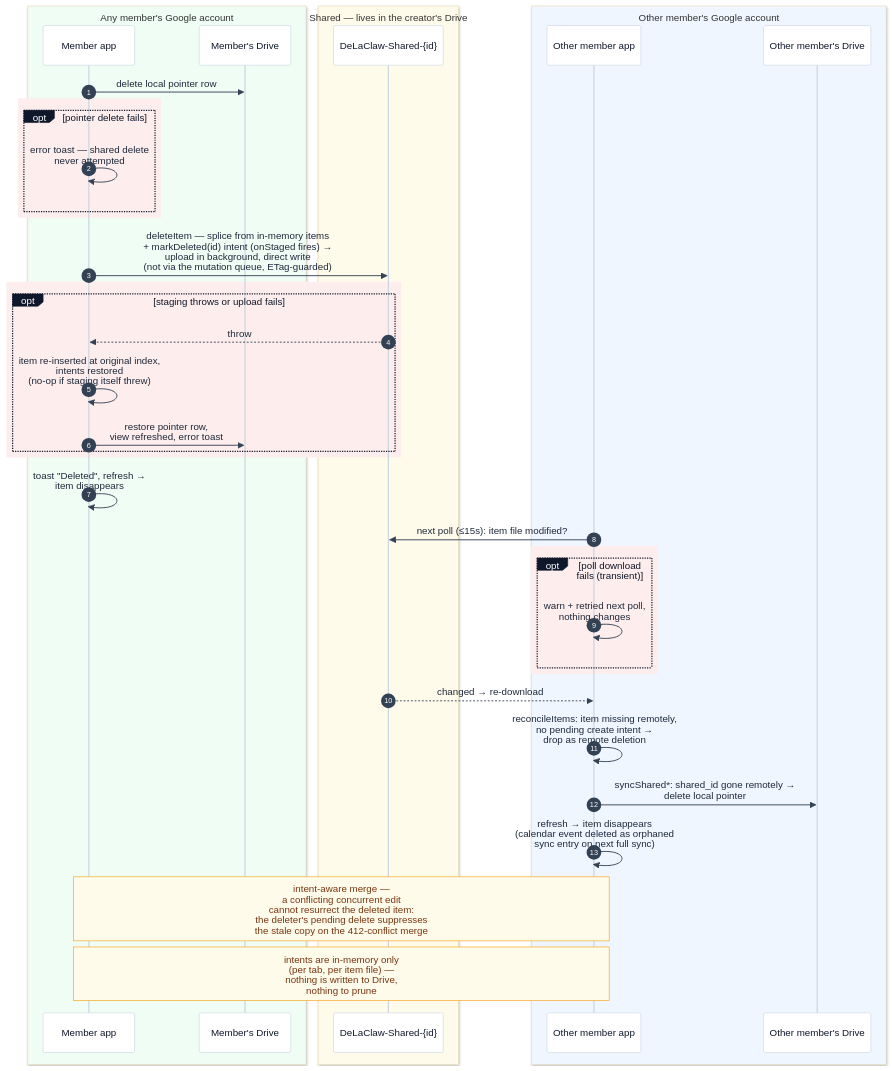
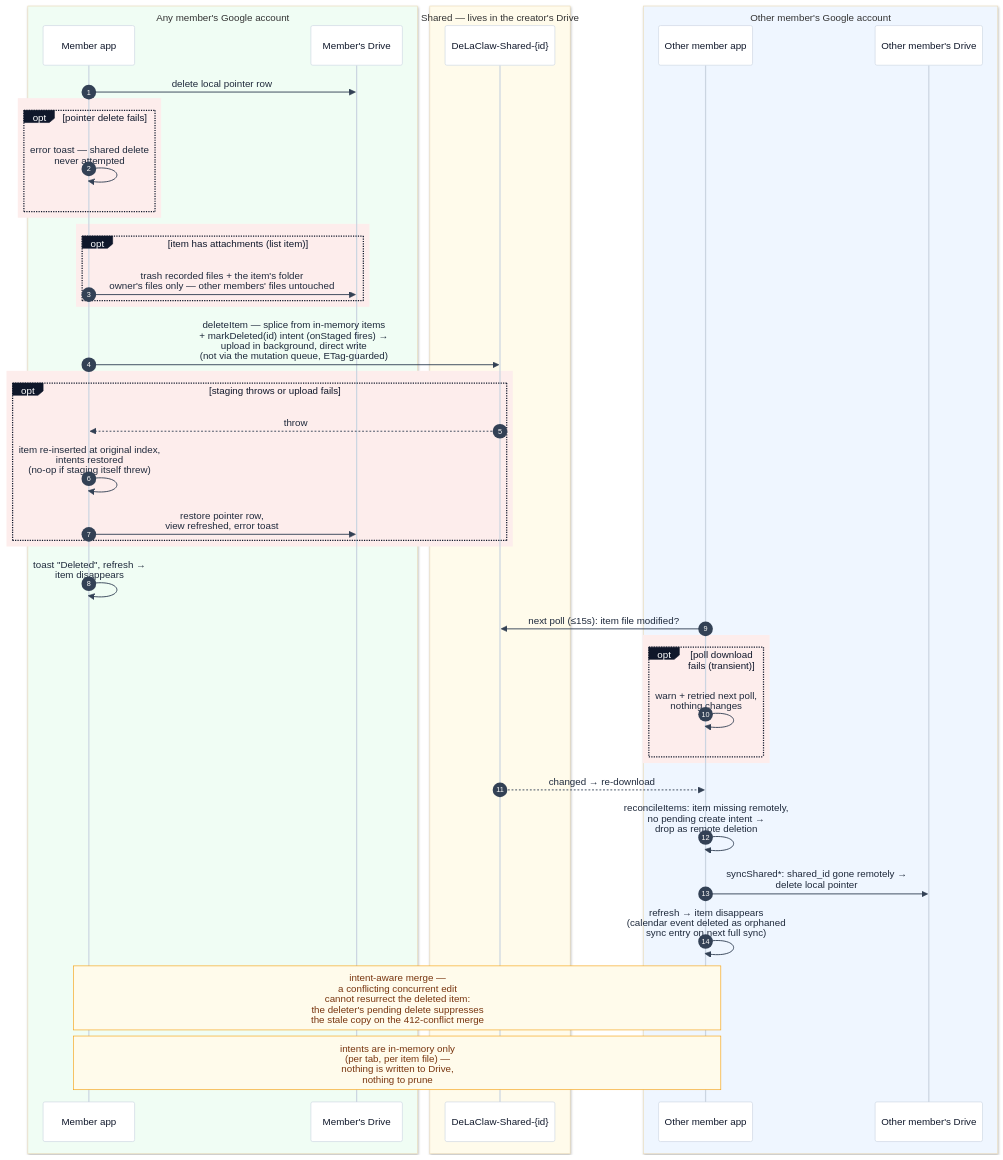
Before and after one commit to AntGro/DeLaClaw: the eighth of 14 diagrams in docs-site/sharing.md, drawn with Mermaid. The commit also changed other lines of this file and 7 other files, not shown here.

First line of the commit message:
docs(sharing): attachments in the diagrams and a feature section (v2.32.130)

````diff
--- a/docs-site/sharing.md
+++ b/docs-site/sharing.md
@@ -374,44 +400,49 @@
 ```mermaid
 %%{init: {'theme': 'base', 'themeVariables': {'background': '#fbfaf8', 'actorBkg': '#ffffff', 'actorBorder': '#cbd5e1', 'actorTextColor': '#0f172a', 'actorLineColor': '#cbd5e1', 'signalColor': '#334155', 'signalTextColor': '#1e293b', 'noteBkgColor': '#fffbeb', 'noteBorderColor': '#f59e0b', 'noteTextColor': '#78350f', 'labelBoxBkgColor': '#0f172a', 'labelBoxBorderColor': '#0f172a', 'labelTextColor': '#ffffff'}}}%%
 sequenceDiagram
     autonumber
     box rgb(240,253,244) Any member's Google account
     participant MA as Member app
     participant MD as Member's Drive
     end
     box rgb(255,251,235) Shared — lives in the creator's Drive
     participant SF as DeLaClaw-Shared-{id}
     end
     box rgb(239,246,255) Other member's Google account
     participant OA as Other member app
     participant OD as Other member's Drive
     end
 
     MA->>MD: delete local pointer row
     rect rgb(253, 237, 236)
     opt pointer delete fails
         MA->>MA: error toast — shared delete<br/>never attempted
+    end
+    end
+    rect rgb(253, 237, 236)
+    opt item has attachments (list item)
+        MA->>MD: trash recorded files + the item's folder<br/>owner's files only — other members' files untouched
     end
     end
     MA->>SF: deleteItem — splice from in-memory items<br/>+ markDeleted(id) intent (onStaged fires) →<br/>upload in background, direct write<br/>(not via the mutation queue, ETag-guarded)
     rect rgb(253, 237, 236)
     opt staging throws or upload fails
         SF-->>MA: throw
         MA->>MA: item re-inserted at original index,<br/>intents restored<br/>(no-op if staging itself threw)
         MA->>MD: restore pointer row,<br/>view refreshed, error toast
     end
     end
     MA->>MA: toast "Deleted", refresh →<br/>item disappears
     OA->>SF: next poll (≤15s): item file modified?
     rect rgb(253, 237, 236)
     opt poll download fails (transient)
         OA->>OA: warn + retried next poll,<br/>nothing changes
     end
     end
     SF-->>OA: changed → re-download
     OA->>OA: reconcileItems: item missing remotely,<br/>no pending create intent →<br/>drop as remote deletion
     OA->>OD: syncShared*: shared_id gone remotely →<br/>delete local pointer
     OA->>OA: refresh → item disappears<br/>(calendar event deleted as orphaned<br/>sync entry on next full sync)
     Note over MA,OA: intent-aware merge —<br/>a conflicting concurrent edit<br/>cannot resurrect the deleted item:<br/>the deleter's pending delete suppresses<br/>the stale copy on the 412-conflict merge
     Note over MA,OA: intents are in-memory only<br/>(per tab, per item file) —<br/>nothing is written to Drive,<br/>nothing to prune
 ```
````
